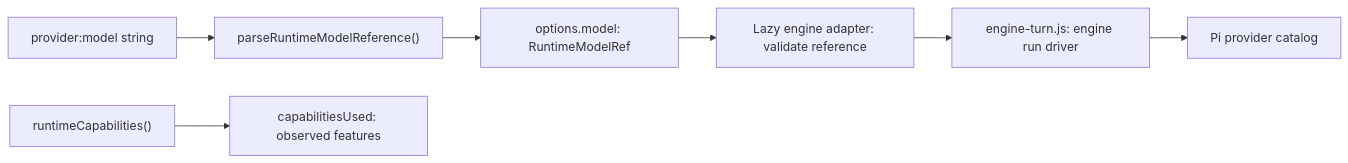
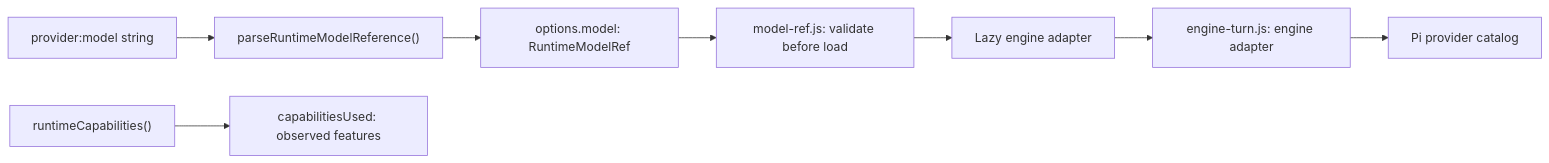
The second of 5 diagrams in packages/agent-runtime/ARCHITECTURE.md (robertsreberski/mono-agent), drawn with Mermaid before and after one commit. The commit also changed other lines of this file and 7 other files, not shown here.

````diff
--- a/packages/agent-runtime/ARCHITECTURE.md
+++ b/packages/agent-runtime/ARCHITECTURE.md
@@ -75,9 +75,10 @@
 ```mermaid
 flowchart LR
   AuthoredRef["provider:model string"] --> Parse["parseRuntimeModelReference()"]
   Parse --> ModelRef["options.model: RuntimeModelRef"]
-  ModelRef --> Resolve["Lazy engine adapter: validate reference"]
-  Resolve --> Pi["engine-turn.js: engine run driver"]
+  ModelRef --> Validate["model-ref.js: validate before load"]
+  Validate --> Resolve["Lazy engine adapter"]
+  Resolve --> Pi["engine-turn.js: engine adapter"]
   Pi --> Provider["Pi provider catalog"]
   Caps["runtimeCapabilities()"] --> Used["capabilitiesUsed: observed features"]
 ```
````
